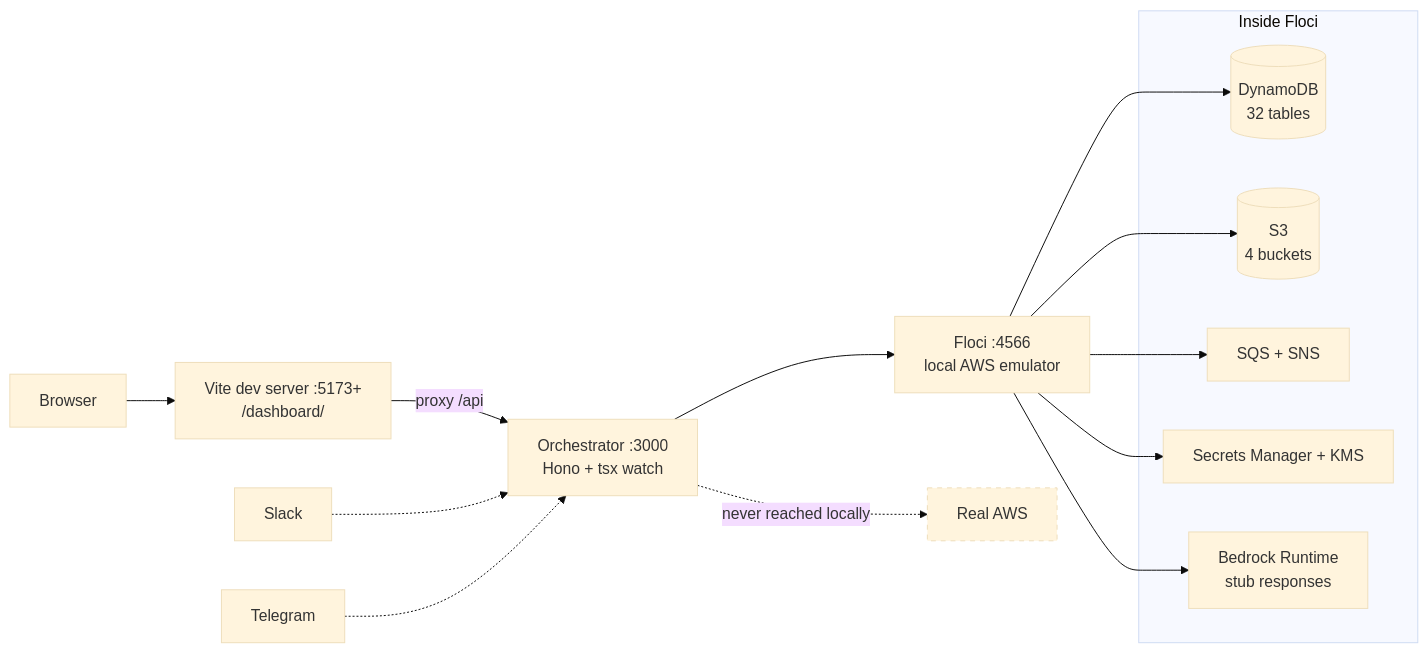
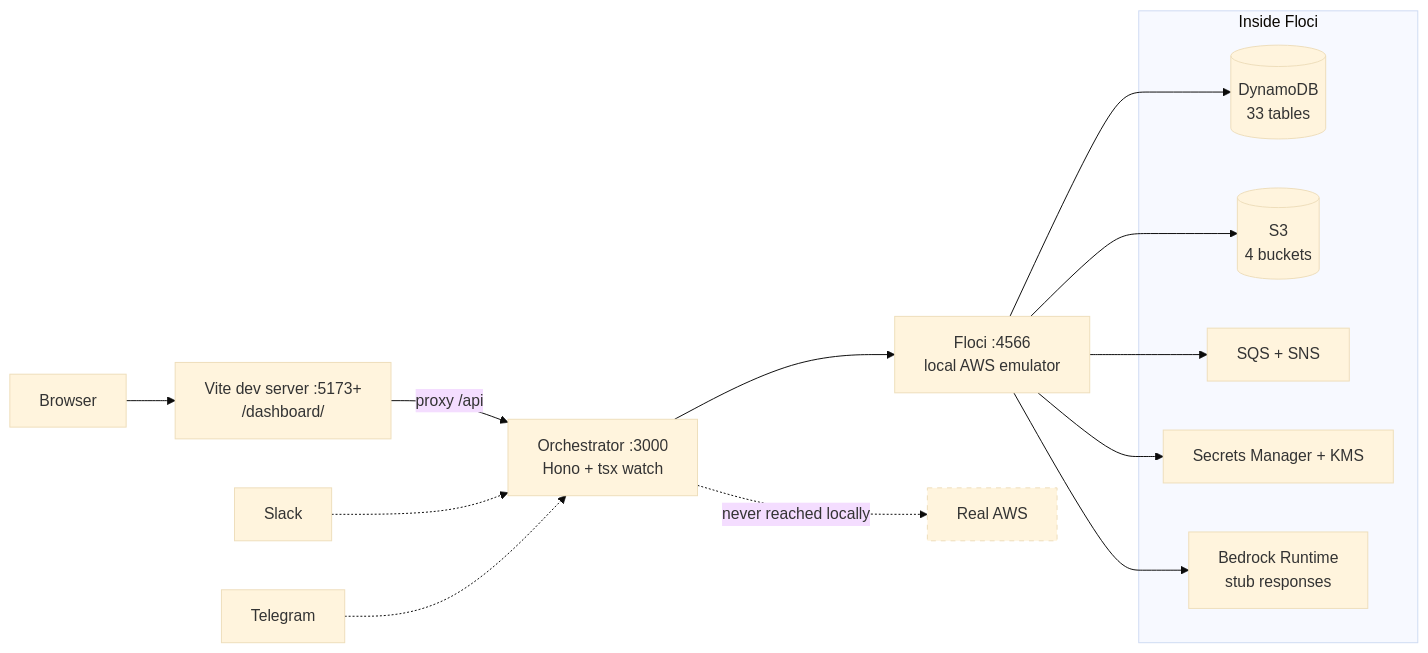
The diagram in development.md (Adams-Captial-Holdings-Ltd/Netzer-Labs), drawn with Mermaid (base theme) before and after one commit. The commit also changed other lines of this file and 12 other files, not shown here.

````diff
--- a/development.md
+++ b/development.md
@@ -74,25 +74,25 @@
 ```mermaid
 flowchart LR
     Browser["Browser"] --> Vite["Vite dev server :5173+<br/>/dashboard/"]
     Vite -->|proxy /api| Orch["Orchestrator :3000<br/>Hono + tsx watch"]
     Slack["Slack"] -.-> Orch
     Telegram["Telegram"] -.-> Orch
 
     Orch --> Floci["Floci :4566<br/>local AWS emulator"]
 
     subgraph FL ["Inside Floci"]
-        DDB[("DynamoDB<br/>32 tables")]
+        DDB[("DynamoDB<br/>33 tables")]
         S3[("S3<br/>4 buckets")]
         SQS["SQS + SNS"]
         SM["Secrets Manager + KMS"]
         BR["Bedrock Runtime<br/>stub responses"]
     end
     Floci --> DDB
     Floci --> S3
     Floci --> SQS
     Floci --> SM
     Floci --> BR
 
     Orch -. "never reached locally" .-> AWS["Real AWS"]
     style AWS stroke-dasharray: 5 5
 ```
````
